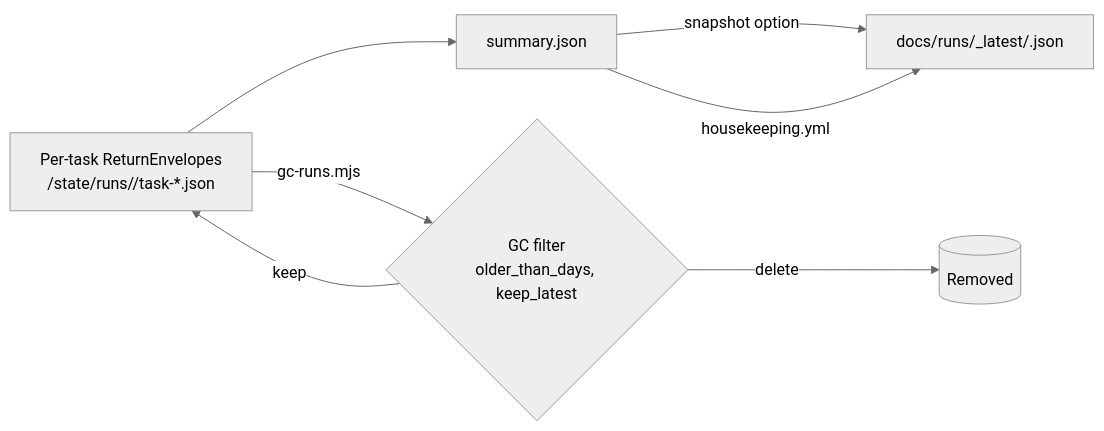
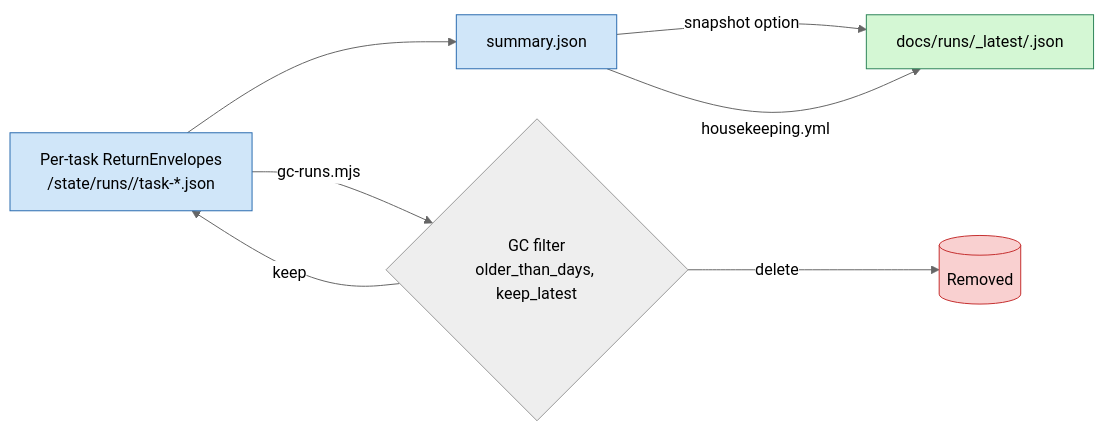
The fifth of 5 diagrams in README.md (hometechhq/ai-dev-tasks), drawn with Mermaid (neutral theme) before and after one commit. The commit also changed other lines of this file, not shown here.

````diff
--- a/README.md
+++ b/README.md
@@ -167,9 +167,13 @@
 ```mermaid
 flowchart LR
-    A[Per-task ReturnEnvelopes<br/>/state/runs/<id>/task-*.json] --> B[summary.json]
-    B -- snapshot option --> C[docs/runs/_latest/<id>.json]
+    A[Per-task ReturnEnvelopes<br/>/state/runs/<id>/task-*.json]:::runtime --> B[summary.json]:::runtime
+    B -- snapshot option --> C[docs/runs/_latest/<id>.json]:::durable
     B -- housekeeping.yml --> C
     A -->|gc-runs.mjs| D{GC filter<br/>older_than_days, keep_latest}
-    D -- delete --> X[(Removed)]
+    D -- delete --> X[(Removed)]:::deleted
     D -- keep --> A
+
+    classDef runtime fill:#d0e6f9,stroke:#2b6cb0,stroke-width:1px;
+    classDef durable fill:#d4f7d4,stroke:#2f855a,stroke-width:1px;
+    classDef deleted fill:#f9d0d0,stroke:#c53030,stroke-width:1px;
 ```
````
